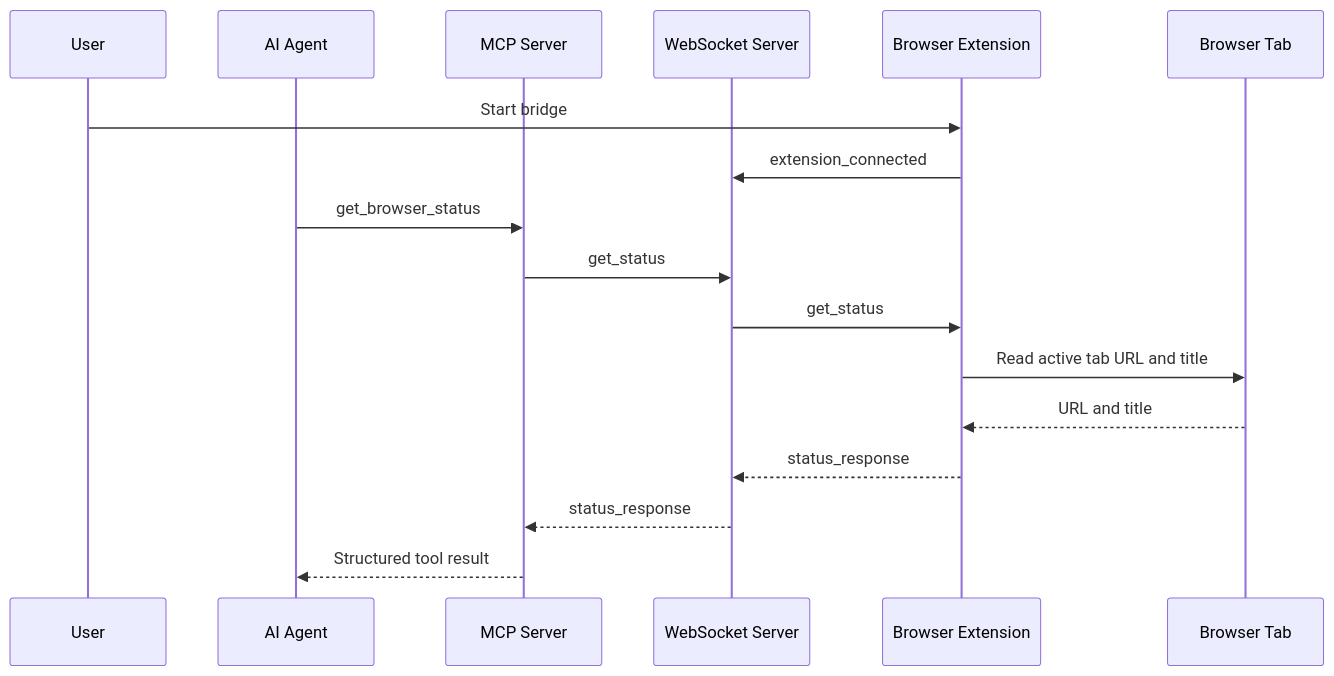
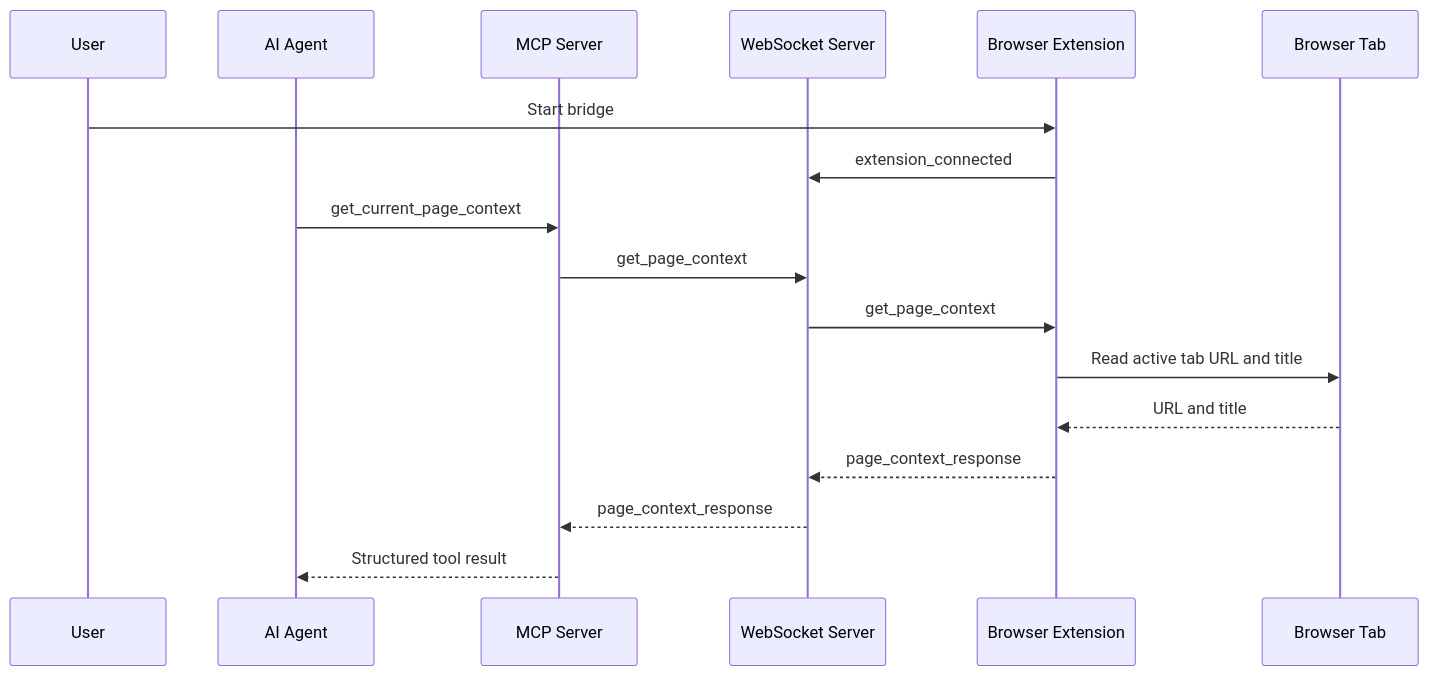
Before and after one commit to redvex/brijio: the second of 2 diagrams in README.md, drawn with Mermaid. The commit also changed other lines of this file and 7 other files, not shown here.

````diff
--- a/README.md
+++ b/README.md
@@ -111,20 +112,20 @@
 ```mermaid
 sequenceDiagram
   participant User
   participant Agent as AI Agent
   participant MCP as MCP Server
   participant WS as WebSocket Server
   participant Ext as Browser Extension
   participant Tab as Browser Tab
 
   User->>Ext: Start bridge
   Ext->>WS: extension_connected
-  Agent->>MCP: get_browser_status
-  MCP->>WS: get_status
-  WS->>Ext: get_status
+  Agent->>MCP: get_current_page_context
+  MCP->>WS: get_page_context
+  WS->>Ext: get_page_context
   Ext->>Tab: Read active tab URL and title
   Tab-->>Ext: URL and title
-  Ext-->>WS: status_response
-  WS-->>MCP: status_response
+  Ext-->>WS: page_context_response
+  WS-->>MCP: page_context_response
   MCP-->>Agent: Structured tool result
 ```
````
